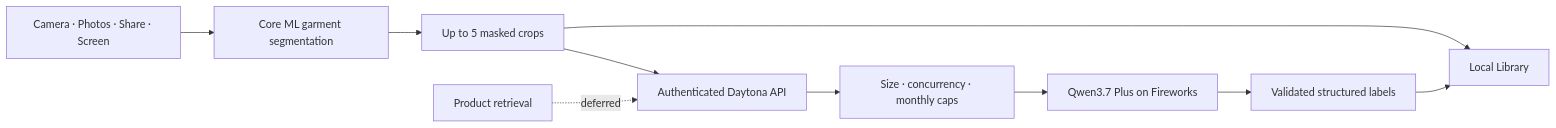
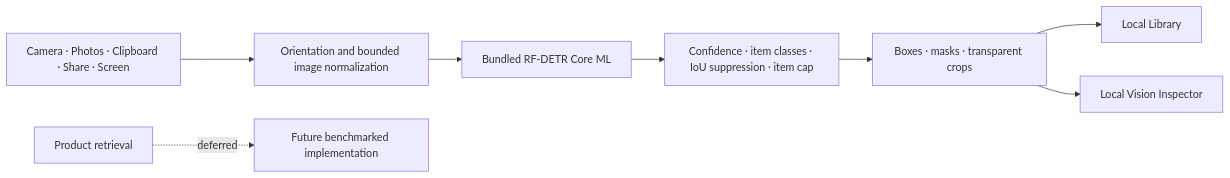
One commit to meowshmalloww/Stylezam changed the diagram in README.md. Above: the diagram before and after it, drawn with Mermaid. The commit also changed other lines of this file and 90 other files, not shown here.

Commit message:
Run garment vision fully on device

````diff
--- a/README.md
+++ b/README.md
@@ -46,12 +46,10 @@
 ```mermaid
 flowchart LR
-    Camera["Camera · Photos · Share · Screen"] --> PhoneModel["Core ML garment segmentation"]
-    PhoneModel --> Crops["Up to 5 masked crops"]
-    Crops --> Library["Local Library"]
-    Crops --> API["Authenticated Daytona API"]
-    API --> Limits["Size · concurrency · monthly caps"]
-    Limits --> Qwen["Qwen3.7 Plus on Fireworks"]
-    Qwen --> Labels["Validated structured labels"]
-    Labels --> Library
-    Search["Product retrieval"] -. "deferred" .-> API
+    Input["Camera · Photos · Clipboard · Share · Screen"] --> Normalize["Orientation and bounded image normalization"]
+    Normalize --> Model["Bundled RF-DETR Core ML"]
+    Model --> Select["Confidence · item classes · IoU suppression · item cap"]
+    Select --> Masks["Boxes · masks · transparent crops"]
+    Masks --> Library["Local Library"]
+    Masks --> Inspector["Local Vision Inspector"]
+    Search["Product retrieval"] -. "deferred" .-> Future["Future benchmarked implementation"]
 ```
````
